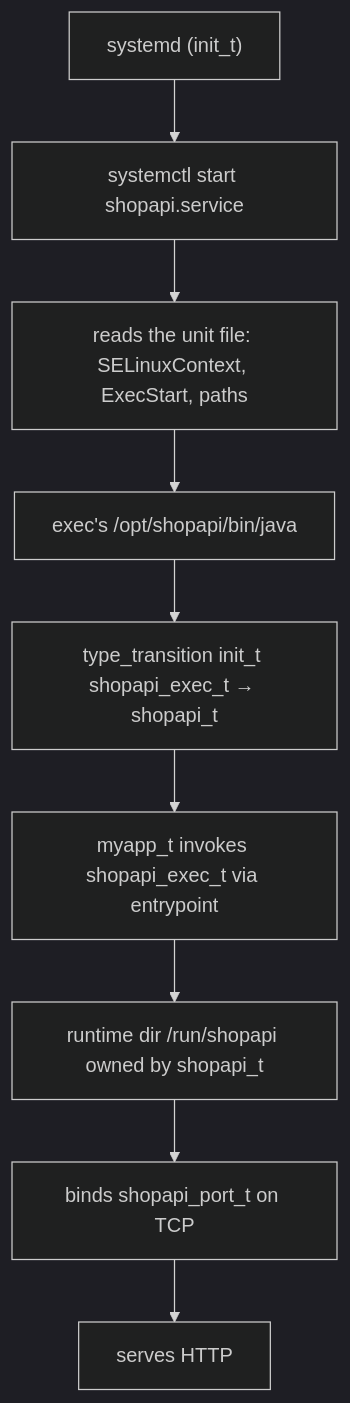
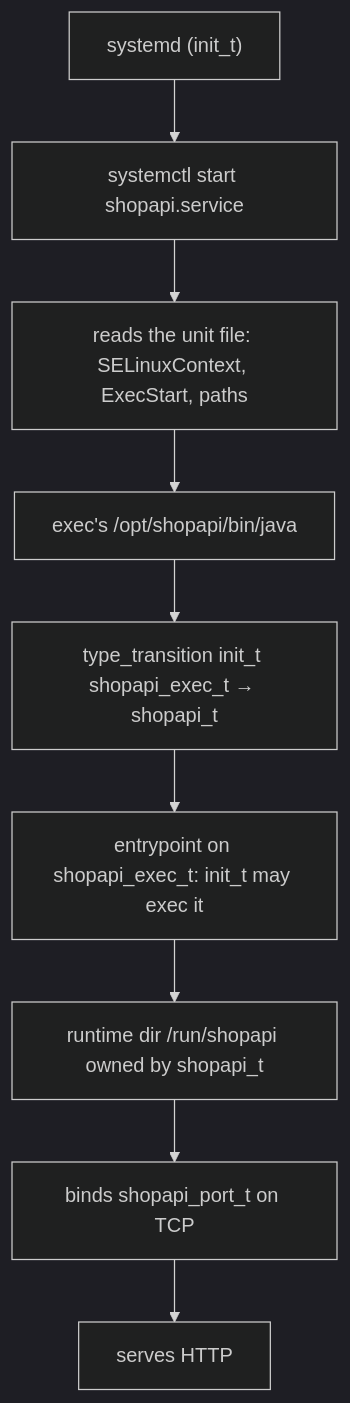
One commit to baristahaus/selinux-pac changed the diagram in book/part2/11-designing-a-domain.md. Above: the diagram before and after it, drawn with Mermaid (dark theme). The commit also changed other lines of this file and 12 other files, not shown here.

````diff
--- a/book/part2/11-designing-a-domain.md
+++ b/book/part2/11-designing-a-domain.md
@@ -134,11 +132,11 @@
 ```mermaid
 flowchart TD
   systemd["systemd (init_t)"] --> start["systemctl start shopapi.service"]
   start --> read_unit["reads the unit file: SELinuxContext, ExecStart, paths"]
   read_unit --> exec["exec's /opt/shopapi/bin/java"]
   exec --> transition["type_transition init_t shopapi_exec_t → shopapi_t"]
-  transition --> entrypoint["myapp_t invokes shopapi_exec_t via entrypoint"]
+  transition --> entrypoint["entrypoint on shopapi_exec_t: init_t may exec it"]
   entrypoint --> runtime["runtime dir /run/shopapi owned by shopapi_t"]
   runtime --> bind["binds shopapi_port_t on TCP"]
   bind --> serve["serves HTTP"]
 ```
````
